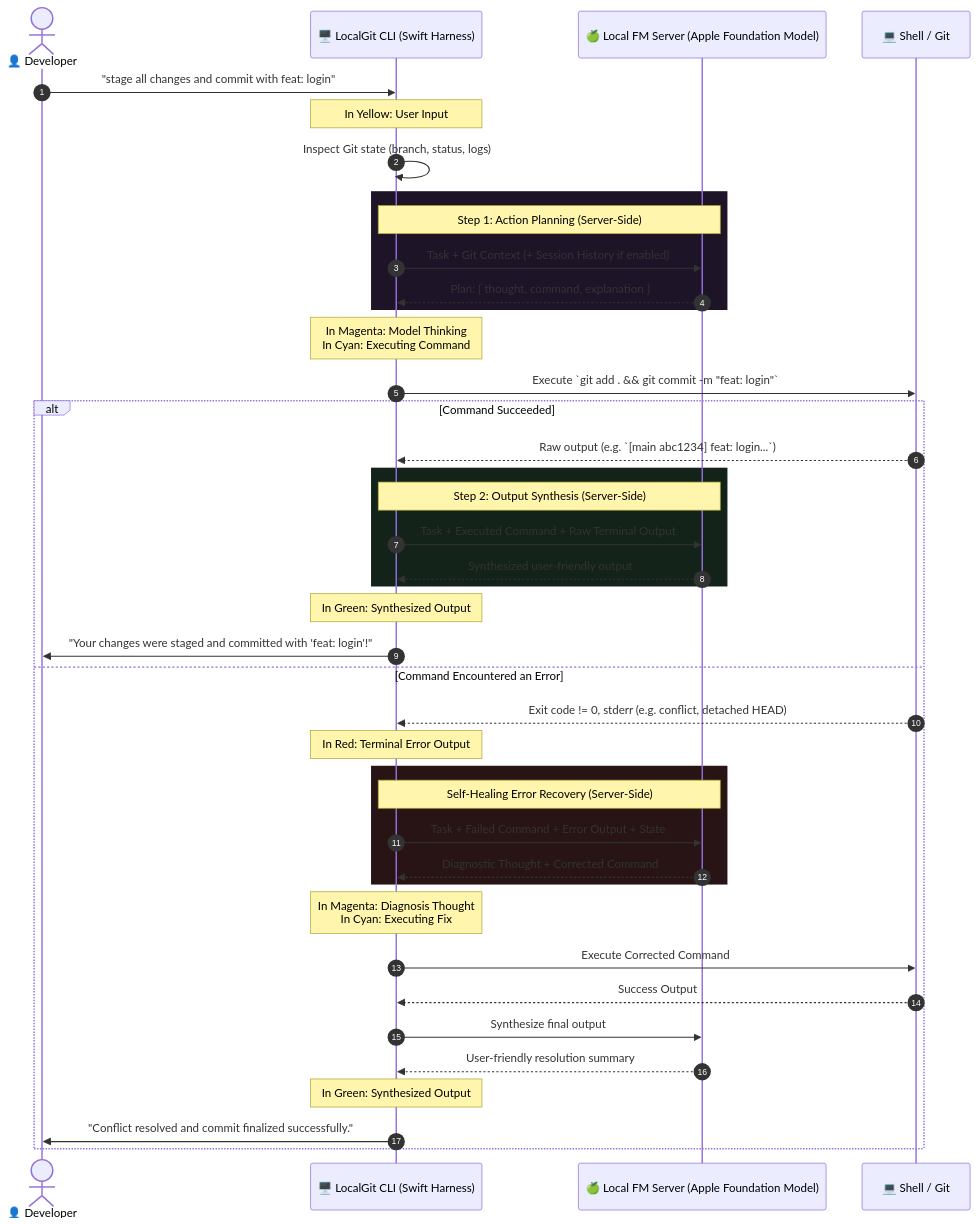
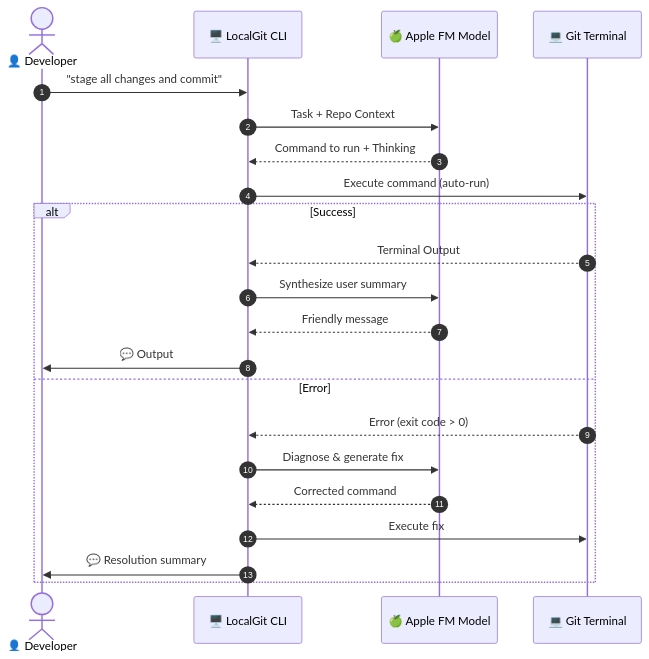
The diagram in README.md (abhi266raj/localgit), drawn with Mermaid before and after one commit. The commit also changed other lines of this file, not shown here.

Commit message:
docs: streamline README with clean diagram, concise summary, and essential details

````diff
--- a/README.md
+++ b/README.md
@@ -13,47 +11,25 @@
 ```mermaid
 sequenceDiagram
     autonumber
     actor User as 👤 Developer
-    participant Client as 🖥️ LocalGit CLI (Swift Harness)
-    participant Server as 🍏 Local FM Server (Apple Foundation Model)
-    participant Terminal as 💻 Shell / Git
+    participant App as 🖥️ LocalGit CLI
+    participant FM as 🍏 Apple FM Model
+    participant Git as 💻 Git Terminal
 
-    User->>Client: "stage all changes and commit with feat: login"
-    Note over Client: In Yellow: User Input
-    Client->>Client: Inspect Git state (branch, status, logs)
-    
-    rect rgb(30, 20, 40)
-        Note over Client,Server: Step 1: Action Planning (Server-Side)
-        Client->>Server: Task + Git Context (+ Session History if enabled)
-        Server-->>Client: Plan: { thought, command, explanation }
-    end
-    
-    Note over Client: In Magenta: Model Thinking<br/>In Cyan: Executing Command
-    Client->>Terminal: Execute `git add . && git commit -m "feat: login"`
-    
-    alt Command Succeeded
-        Terminal-->>Client: Raw output (e.g. `[main abc1234] feat: login...`)
-        rect rgb(20, 35, 25)
-            Note over Client,Server: Step 2: Output Synthesis (Server-Side)
-            Client->>Server: Task + Executed Command + Raw Terminal Output
-            Server-->>Client: Synthesized user-friendly output
-        end
-        Note over Client: In Green: Synthesized Output
-        Client->>User: "Your changes were staged and committed with 'feat: login'!"
-    else Command Encountered an Error
-        Terminal-->>Client: Exit code != 0, stderr (e.g. conflict, detached HEAD)
-        Note over Client: In Red: Terminal Error Output
-        rect rgb(40, 20, 20)
-            Note over Client,Server: Self-Healing Error Recovery (Server-Side)
-            Client->>Server: Task + Failed Command + Error Output + State
-            Server-->>Client: Diagnostic Thought + Corrected Command
-        end
-        Note over Client: In Magenta: Diagnosis Thought<br/>In Cyan: Executing Fix
-        Client->>Terminal: Execute Corrected Command
-        Terminal-->>Client: Success Output
-        Client->>Server: Synthesize final output
-        Server-->>Client: User-friendly resolution summary
-        Note over Client: In Green: Synthesized Output
-        Client->>User: "Conflict resolved and commit finalized successfully."
+    User->>App: "stage all changes and commit"
+    App->>FM: Task + Repo Context
+    FM-->>App: Command to run + Thinking
+    App->>Git: Execute command (auto-run)
+    alt Success
+        Git-->>App: Terminal Output
+        App->>FM: Synthesize user summary
+        FM-->>App: Friendly message
+        App->>User: 💬 Output
+    else Error
+        Git-->>App: Error (exit code > 0)
+        App->>FM: Diagnose & generate fix
+        FM-->>App: Corrected command
+        App->>Git: Execute fix
+        App->>User: 💬 Resolution summary
     end
 ```
````
